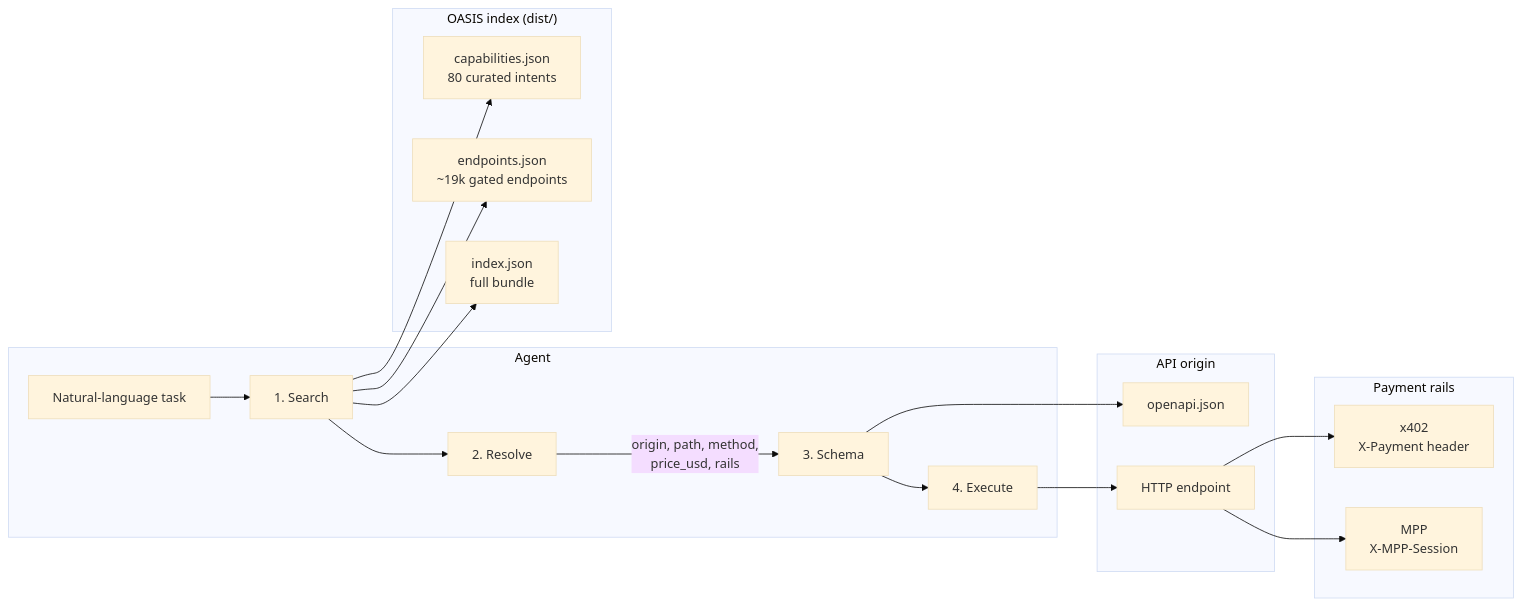
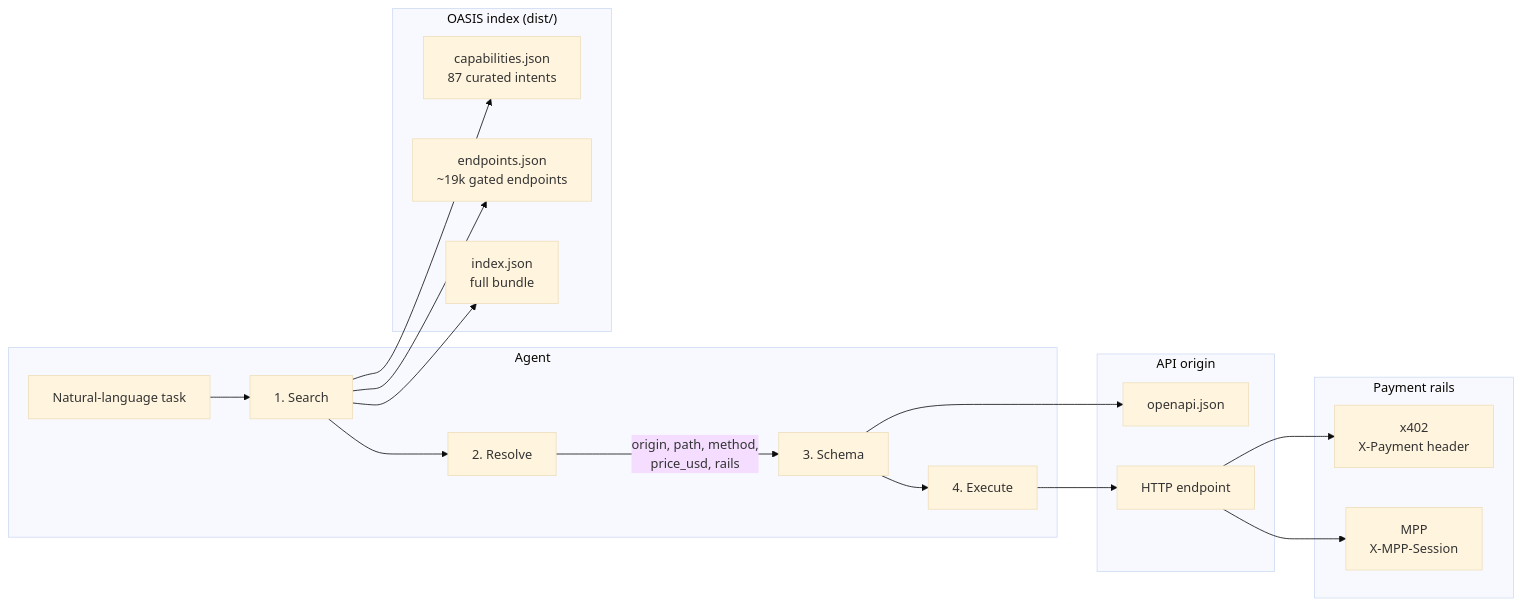
Before and after one commit to Syntalic/OASIS: the first of 5 diagrams in ARCHITECTURE.md, drawn with Mermaid (base theme). The commit also changed other lines of this file and 5 other files, not shown here.

````diff
--- a/ARCHITECTURE.md
+++ b/ARCHITECTURE.md
@@ -12,38 +12,38 @@
 ```mermaid
 flowchart LR
   subgraph agent["Agent"]
     Q["Natural-language task"]
     S["1. Search"]
     R["2. Resolve"]
     SC["3. Schema"]
     X["4. Execute"]
   end
 
   subgraph oasis["OASIS index (dist/)"]
-    CAP["capabilities.json<br/>80 curated intents"]
+    CAP["capabilities.json<br/>87 curated intents"]
     EP["endpoints.json<br/>~19k gated endpoints"]
     IDX["index.json<br/>full bundle"]
   end
 
   subgraph origin["API origin"]
     OAPI["openapi.json"]
     API["HTTP endpoint"]
   end
 
   subgraph payment["Payment rails"]
     X402["x402<br/>X-Payment header"]
     MPP["MPP<br/>X-MPP-Session"]
   end
 
   Q --> S
   S --> CAP
   S --> EP
   S --> IDX
   S --> R
   R -->|"origin, path, method,<br/>price_usd, rails"| SC
   SC --> OAPI
   SC --> X
   X --> API
   API --> X402
   API --> MPP
 ```
````
